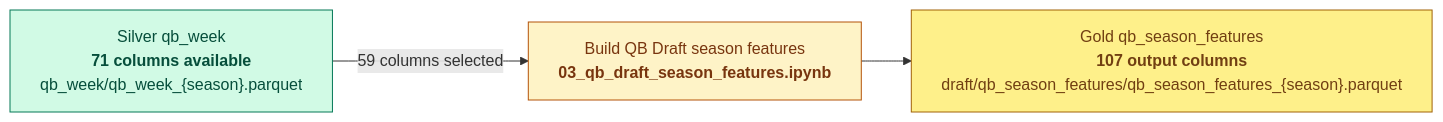
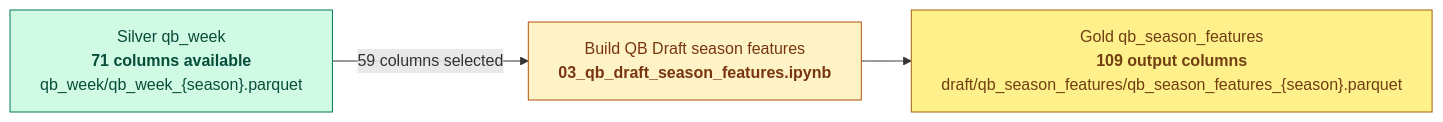
One commit to ddarby15/nfl-dream-lab-app changed the ninth of 12 diagrams in docs/schema-evolution.md. Above: the diagram before and after it, drawn with Mermaid. The commit also changed other lines of this file and 25 other files, not shown here.

Commit message:
update docs and roadmap

````diff
--- a/docs/schema-evolution.md
+++ b/docs/schema-evolution.md
@@ -301,18 +302,18 @@
 ```mermaid
 flowchart LR
     S_QB["Silver qb_week<br/><b>71 columns available</b><br/>qb_week/qb_week_{season}.parquet"]
 
     X_GOLD["Build QB Draft season features<br/><b>03_qb_draft_season_features.ipynb</b>"]
-    G_QB["Gold qb_season_features<br/><b>107 output columns</b><br/>draft/qb_season_features/qb_season_features_{season}.parquet"]
+    G_QB["Gold qb_season_features<br/><b>109 output columns</b><br/>draft/qb_season_features/qb_season_features_{season}.parquet"]
 
     S_QB -->|59 columns selected| X_GOLD
     X_GOLD --> G_QB
 
     classDef step fill:#fef3c7,stroke:#b45309,color:#78350f;
     classDef silver fill:#d1fae5,stroke:#047857,color:#064e3b;
     classDef gold fill:#fef08a,stroke:#a16207,color:#713f12;
 
     class S_QB silver;
     class X_GOLD step;
     class G_QB gold;
 ```
````
